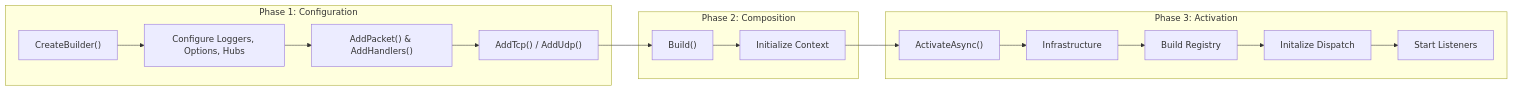
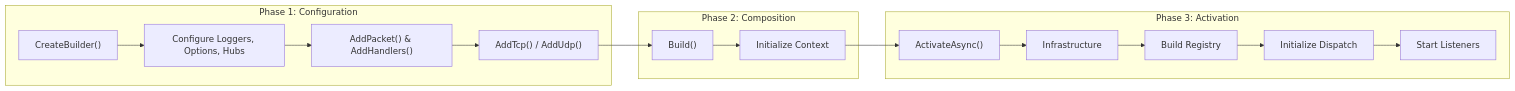
The diagram in docs/api/hosting/network-application.md (ppn-systems/Nalix), drawn with Mermaid before and after one commit. The commit also changed 1 other file, not shown here.

Commit message:
Add welcome for first-time discussion authors; fix typo
Extend community-welcome.yml to greet first-time discussion creators with an automated comment using the GitHub GraphQL API. Update workflow permissions to allow writing to discussions. Also, fix a typo in network-application.md ("Initalize Dispatch" → "Initialize Dispatch") in the activation diagram.

````diff
--- a/docs/api/hosting/network-application.md
+++ b/docs/api/hosting/network-application.md
@@ -27,21 +27,21 @@
 ```mermaid
 graph LR
     subgraph Configuration ["Phase 1: Configuration"]
         Create["CreateBuilder()"] --> Config["Configure Loggers, Options, Hubs"]
         Config --> Discover["AddPacket() & AddHandlers()"]
         Discover --> Bind["AddTcp() / AddUdp()"]
     end
 
     subgraph Composition ["Phase 2: Composition"]
         Bind --> Build["Build()"]
         Build --> Prep["Initialize Context"]
     end
 
     subgraph Activation ["Phase 3: Activation"]
         Prep --> Run["ActivateAsync()"]
         Run --> Infra["Infrastructure"]
         Infra --> Registry["Build Registry"]
-        Registry --> Dispatch["Initalize Dispatch"]
+        Registry --> Dispatch["Initialize Dispatch"]
         Dispatch --> Listeners["Start Listeners"]
     end
 ```
````
